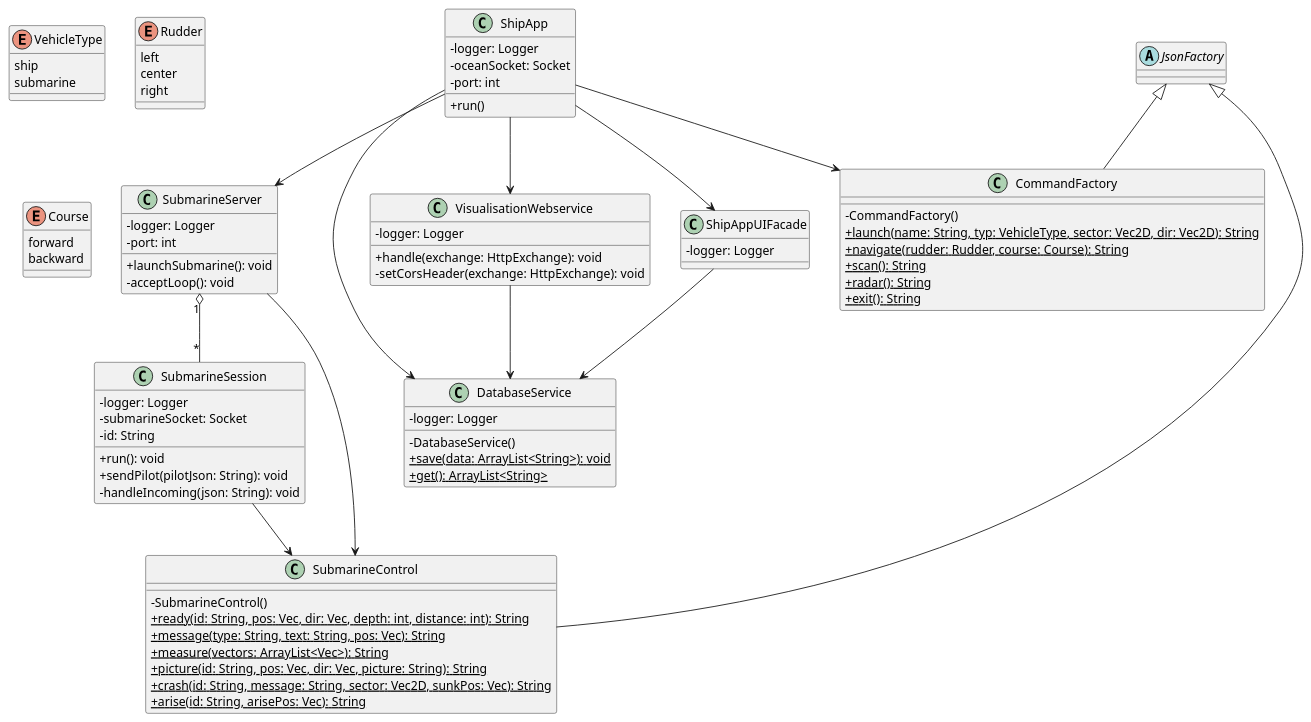
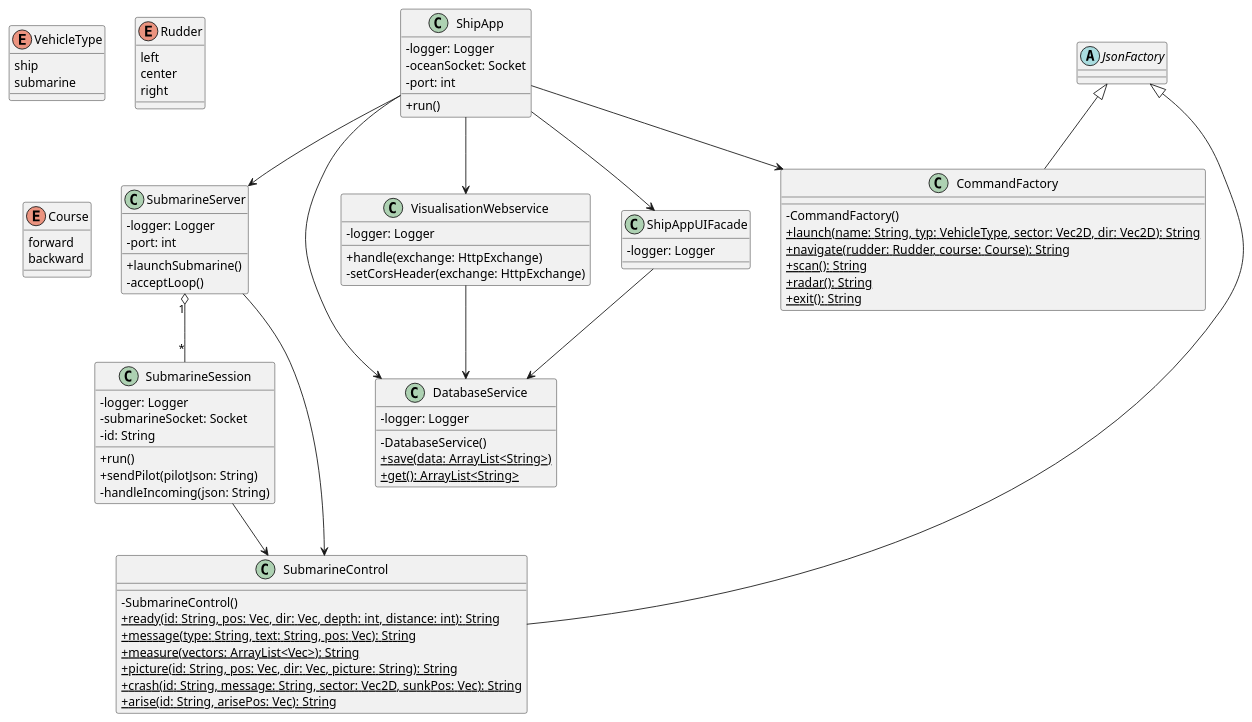
Before and after one commit to KirioLerny/Schulprojekt-OceanExplorer: the diagram in docs/uml/shipApp_ClassDiagram.puml, drawn with PlantUML.

Commit message:
Anpassung UML-Klassendiagramm

```diff
--- a/docs/uml/shipApp_ClassDiagram.puml
+++ b/docs/uml/shipApp_ClassDiagram.puml
@@ -1,101 +1,101 @@
 @startuml
 skinparam classAttributeIconSize 0
 
 
 class ShipApp {
     - logger: Logger
     - oceanSocket: Socket
     - port: int
     + run()
 }
 
 class SubmarineServer {
     - logger: Logger
     - port: int
-    + launchSubmarine(): void
-    - acceptLoop(): void
+    + launchSubmarine()
+    - acceptLoop()
 }
 
 class SubmarineSession {
     - logger: Logger
     - submarineSocket: Socket
     - id: String
-    + run(): void
-    + sendPilot(pilotJson: String): void
-    - handleIncoming(json: String): void
+    + run()
+    + sendPilot(pilotJson: String)
+    - handleIncoming(json: String)
 }
 
 class DatabaseService {
     - logger: Logger
     - DatabaseService()
-    {static} + save(data: ArrayList<String>): void
+    {static} + save(data: ArrayList<String>)
     {static} + get(): ArrayList<String>
 }
 
 class VisualisationWebservice {
     - logger: Logger
-    + handle(exchange: HttpExchange): void
-    - setCorsHeader(exchange: HttpExchange): void
+    + handle(exchange: HttpExchange)
+    - setCorsHeader(exchange: HttpExchange)
 }
 
 class ShipAppUIFacade {
     - logger: Logger
 }
 
 class SubmarineControl {
     - SubmarineControl()
     {static} + ready(id: String, pos: Vec, dir: Vec, depth: int, distance: int): String
     {static} + message(type: String, text: String, pos: Vec): String
     {static} + measure(vectors: ArrayList<Vec>): String
     {static} + picture(id: String, pos: Vec, dir: Vec, picture: String): String
     {static} + crash(id: String, message: String, sector: Vec2D, sunkPos: Vec): String
     {static} + arise(id: String, arisePos: Vec): String
 }
 
 class CommandFactory {
     - CommandFactory()
     {static} + launch(name: String, typ: VehicleType, sector: Vec2D, dir: Vec2D): String
     {static} + navigate(rudder: Rudder, course: Course): String
     {static} + scan(): String
     {static} + radar(): String
     {static} + exit(): String
 }
 
 
 abstract class JsonFactory
 
 
 enum VehicleType {
     ship
     submarine
 }
 
 enum Rudder {
     left
     center
     right
 }
 
 enum Course {
     forward
     backward
 }
 
 
 ShipApp --> CommandFactory
 ShipApp --> SubmarineServer
 ShipApp --> ShipAppUIFacade
 ShipApp --> VisualisationWebservice
 ShipApp --> DatabaseService
 
 JsonFactory <|-- CommandFactory
 JsonFactory <|-- SubmarineControl
 
 SubmarineServer "1" o-- "*" SubmarineSession
 SubmarineServer --> SubmarineControl
 SubmarineSession --> SubmarineControl
 
 ShipAppUIFacade --> DatabaseService
 VisualisationWebservice --> DatabaseService
 
 @enduml
```
